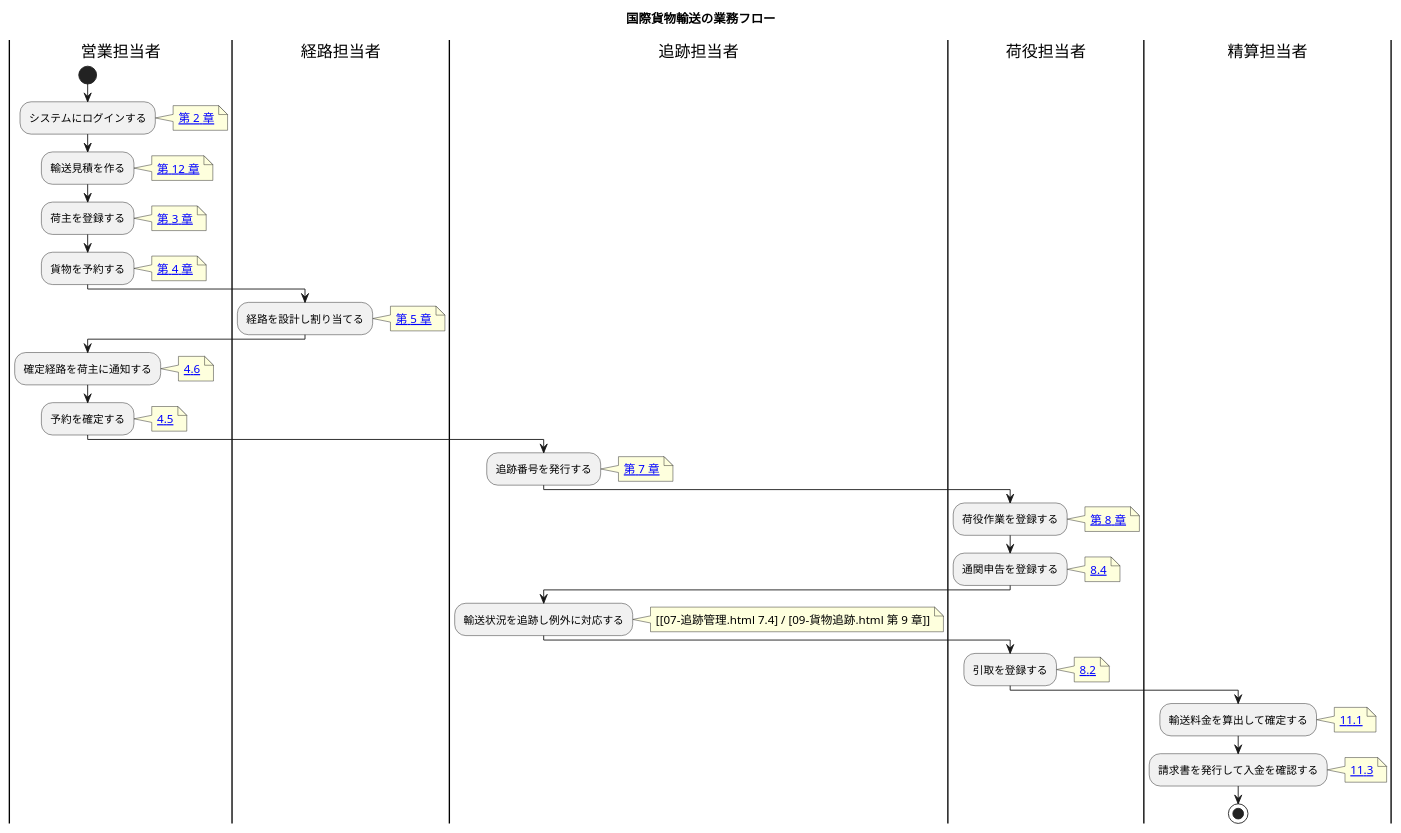
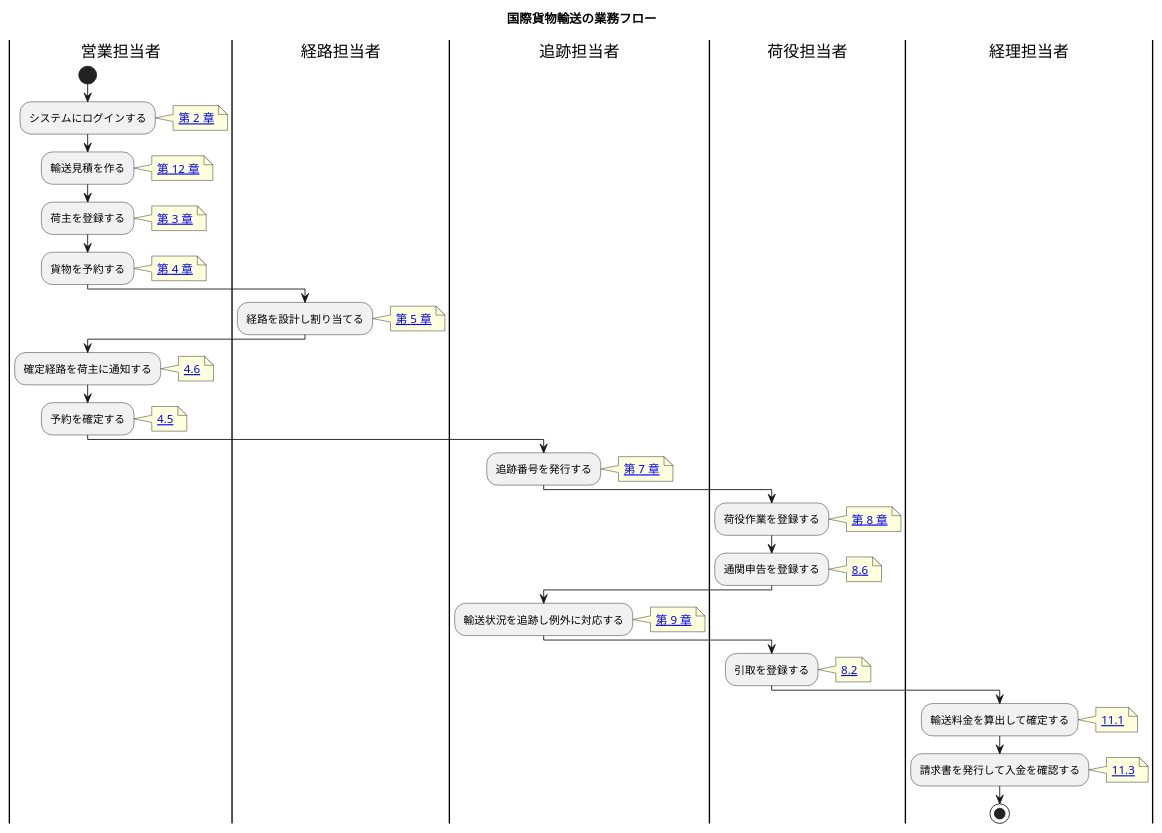
The diagram in docs/manual/01-業務フロー.md (k2works/case-study-cargo-tracker), drawn with PlantUML before and after one commit. The commit also changed other lines of this file and 200 other files, not shown here.

````diff
--- a/docs/manual/01-業務フロー.md
+++ b/docs/manual/01-業務フロー.md
@@ -9,51 +9,51 @@
 ```plantuml
 @startuml
 title 国際貨物輸送の業務フロー
 
 |営業担当者|
 start
 :システムにログインする;
 note right: [[02-ログイン.html 第 2 章]]
 :輸送見積を作る;
 note right: [[12-見積管理.html 第 12 章]]
 :荷主を登録する;
 note right: [[03-荷主管理.html 第 3 章]]
 :貨物を予約する;
 note right: [[04-貨物予約.html 第 4 章]]
 
 |経路担当者|
 :経路を設計し割り当てる;
 note right: [[05-航路管理.html 第 5 章]]
 
 |営業担当者|
 :確定経路を荷主に通知する;
 note right: [[04-貨物予約.html 4.6]]
 :予約を確定する;
 note right: [[04-貨物予約.html 4.5]]
 
 |追跡担当者|
 :追跡番号を発行する;
 note right: [[07-追跡管理.html 第 7 章]]
 
 |荷役担当者|
 :荷役作業を登録する;
 note right: [[08-荷役管理.html 第 8 章]]
 :通関申告を登録する;
-note right: [[08-荷役管理.html 8.4]]
+note right: [[08-荷役管理.html 8.6]]
 
 |追跡担当者|
 :輸送状況を追跡し例外に対応する;
-note right: [[07-追跡管理.html 7.4] / [09-貨物追跡.html 第 9 章]]
+note right: [[09-貨物追跡.html 第 9 章]]
 
 |荷役担当者|
 :引取を登録する;
 note right: [[08-荷役管理.html 8.2]]
 
-|精算担当者|
+|経理担当者|
 :輸送料金を算出して確定する;
 note right: [[11-請求管理.html 11.1]]
 :請求書を発行して入金を確認する;
 note right: [[11-請求管理.html 11.3]]
 stop
 @enduml
 ```
````
